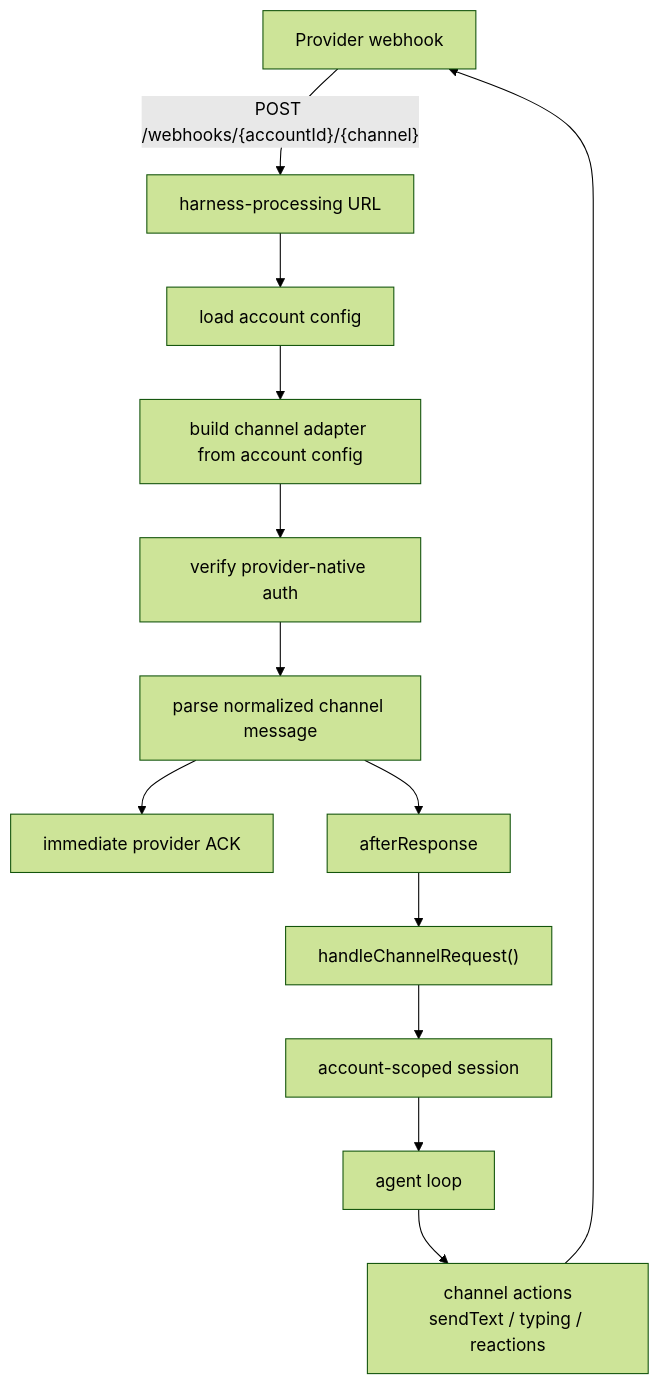
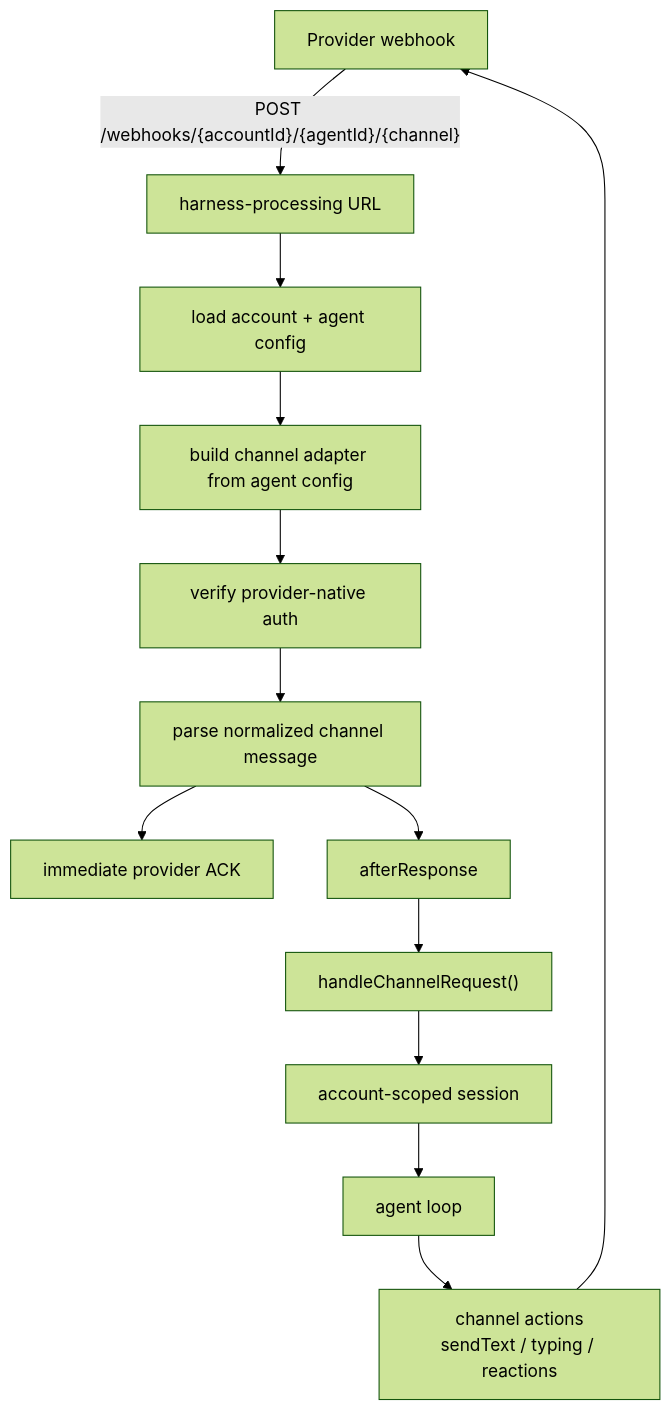
The sixth of 7 diagrams in docs/architecture.md (beeblastco/broods), drawn with Mermaid (forest theme) before and after one commit. The commit also changed other lines of this file and 36 other files, not shown here.

````diff
--- a/docs/architecture.md
+++ b/docs/architecture.md
@@ -129,15 +143,15 @@
 ```mermaid
 flowchart TD
-  Provider["Provider webhook"] -->|"POST /webhooks/{accountId}/{channel}"| Url["harness-processing URL"]
-  Url --> Load["load account config"]
-  Load --> Adapter["build channel adapter from account config"]
+  Provider["Provider webhook"] -->|"POST /webhooks/{accountId}/{agentId}/{channel}"| Url["harness-processing URL"]
+  Url --> Load["load account + agent config"]
+  Load --> Adapter["build channel adapter from agent config"]
   Adapter --> Auth["verify provider-native auth"]
   Auth --> Parse["parse normalized channel message"]
   Parse --> Ack["immediate provider ACK"]
   Parse --> After["afterResponse"]
   After --> Handler["handleChannelRequest()"]
   Handler --> Session["account-scoped session"]
   Session --> Agent["agent loop"]
   Agent --> Reply["channel actions<br/>sendText / typing / reactions"]
   Reply --> Provider
 ```
````
